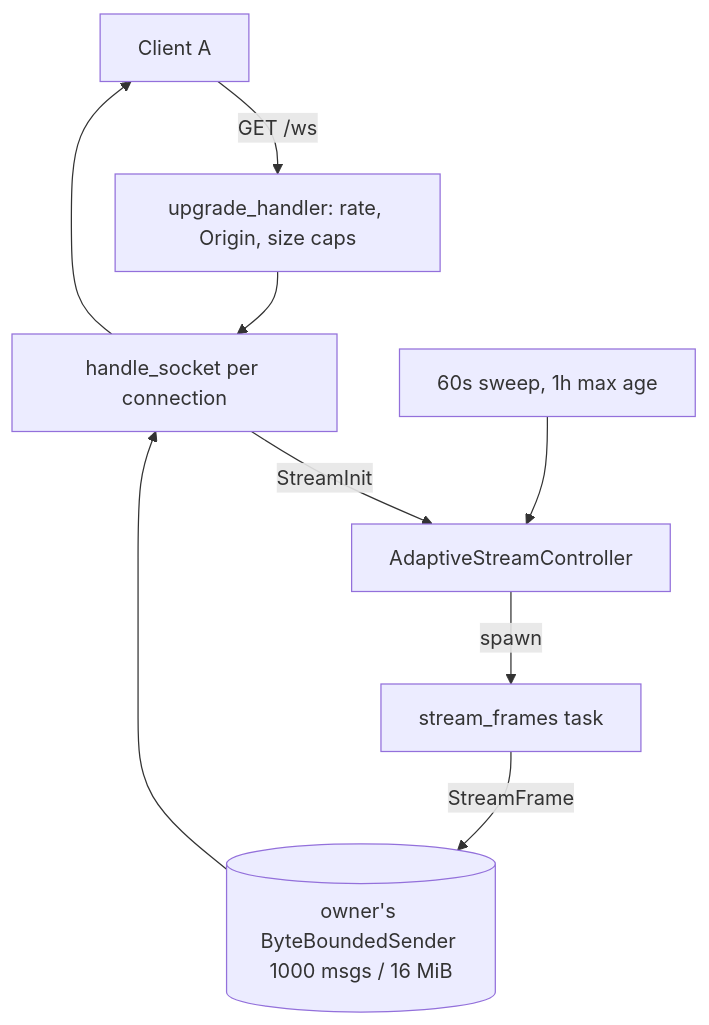
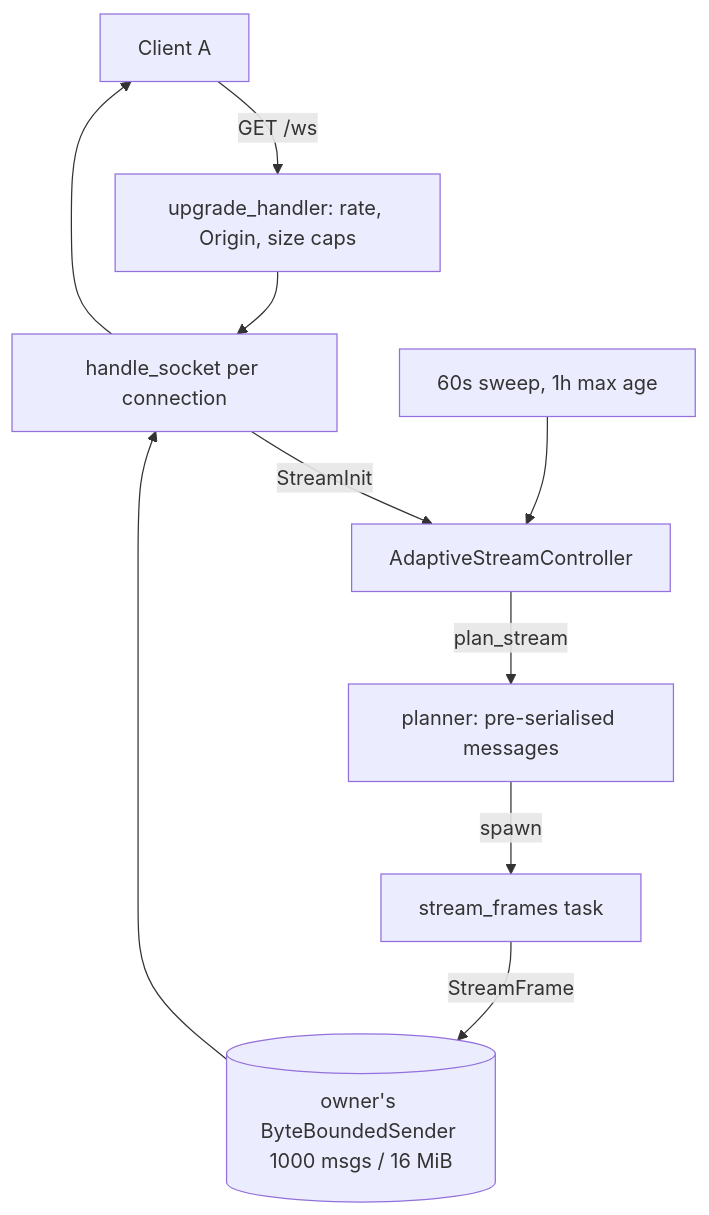
Before and after one commit to bug-ops/pjs: the diagram in specs/websocket/066-websocket-server-transport/plan.md, drawn with Mermaid. The commit also changed other lines of this file and 87 other files, not shown here.

````diff
--- a/specs/websocket/066-websocket-server-transport/plan.md
+++ b/specs/websocket/066-websocket-server-transport/plan.md
@@ -23,11 +25,12 @@
 ```mermaid
 flowchart TB
   C1[Client A] -->|GET /ws| UH[upgrade_handler: rate, Origin, size caps]
   UH --> HS[handle_socket per connection]
   HS -->|StreamInit| CTRL[AdaptiveStreamController]
-  CTRL -->|spawn| TASK[stream_frames task]
+  CTRL -->|plan_stream| PLAN[planner: pre-serialised messages]
+  PLAN -->|spawn| TASK[stream_frames task]
   TASK -->|StreamFrame| OUT[(owner's ByteBoundedSender 1000 msgs / 16 MiB)]
   OUT --> HS
   HS --> C1
   SWEEP[60s sweep, 1h max age] --> CTRL
 ```
````
